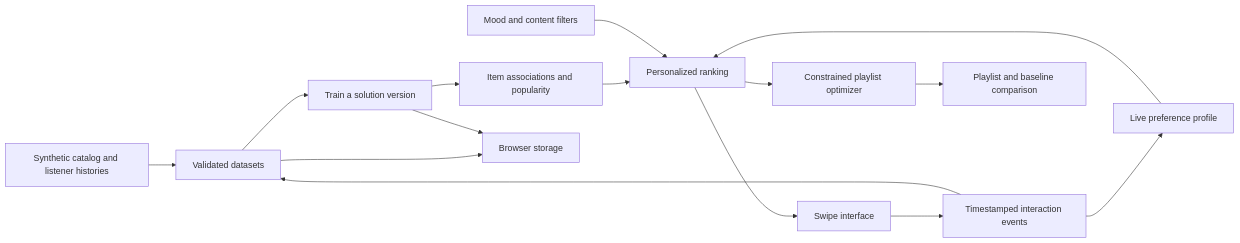
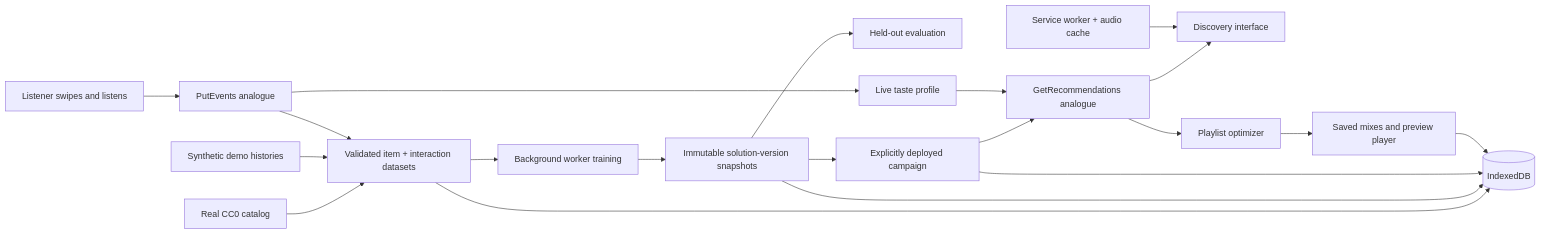
The diagram in docs/architecture.md (Nike112/spotiswipe), drawn with Mermaid before and after one commit. The commit also changed other lines of this file and 53 other files, not shown here.

````diff
--- a/docs/architecture.md
+++ b/docs/architecture.md
@@ -5,17 +5,22 @@
 ```mermaid
 flowchart LR
-    A[Synthetic catalog and listener histories] --> B[Validated datasets]
-    B --> C[Train a solution version]
-    C --> D[Item associations and popularity]
-    E[Swipe interface] --> F[Timestamped interaction events]
-    F --> B
-    F --> G[Live preference profile]
-    D --> H[Personalized ranking]
-    G --> H
-    I[Mood and content filters] --> H
-    H --> E
-    H --> J[Constrained playlist optimizer]
-    J --> K[Playlist and baseline comparison]
-    B --> L[Browser storage]
-    C --> L
+    Catalog[Real CC0 catalog] --> Dataset[Validated item + interaction datasets]
+    Seed[Synthetic demo histories] --> Dataset
+    User[Listener swipes and listens] --> Events[PutEvents analogue]
+    Events --> Dataset
+    Dataset --> Worker[Background worker training]
+    Worker --> Versions[Immutable solution-version snapshots]
+    Versions --> Evaluate[Held-out evaluation]
+    Versions --> Campaign[Explicitly deployed campaign]
+    Campaign --> Ranking[GetRecommendations analogue]
+    Events --> Taste[Live taste profile]
+    Taste --> Ranking
+    Ranking --> Discover[Discovery interface]
+    Ranking --> Optimizer[Playlist optimizer]
+    Optimizer --> Library[Saved mixes and preview player]
+    Dataset --> IDB[(IndexedDB)]
+    Versions --> IDB
+    Campaign --> IDB
+    Library --> IDB
+    Cache[Service worker + audio cache] --> Discover
 ```
````
